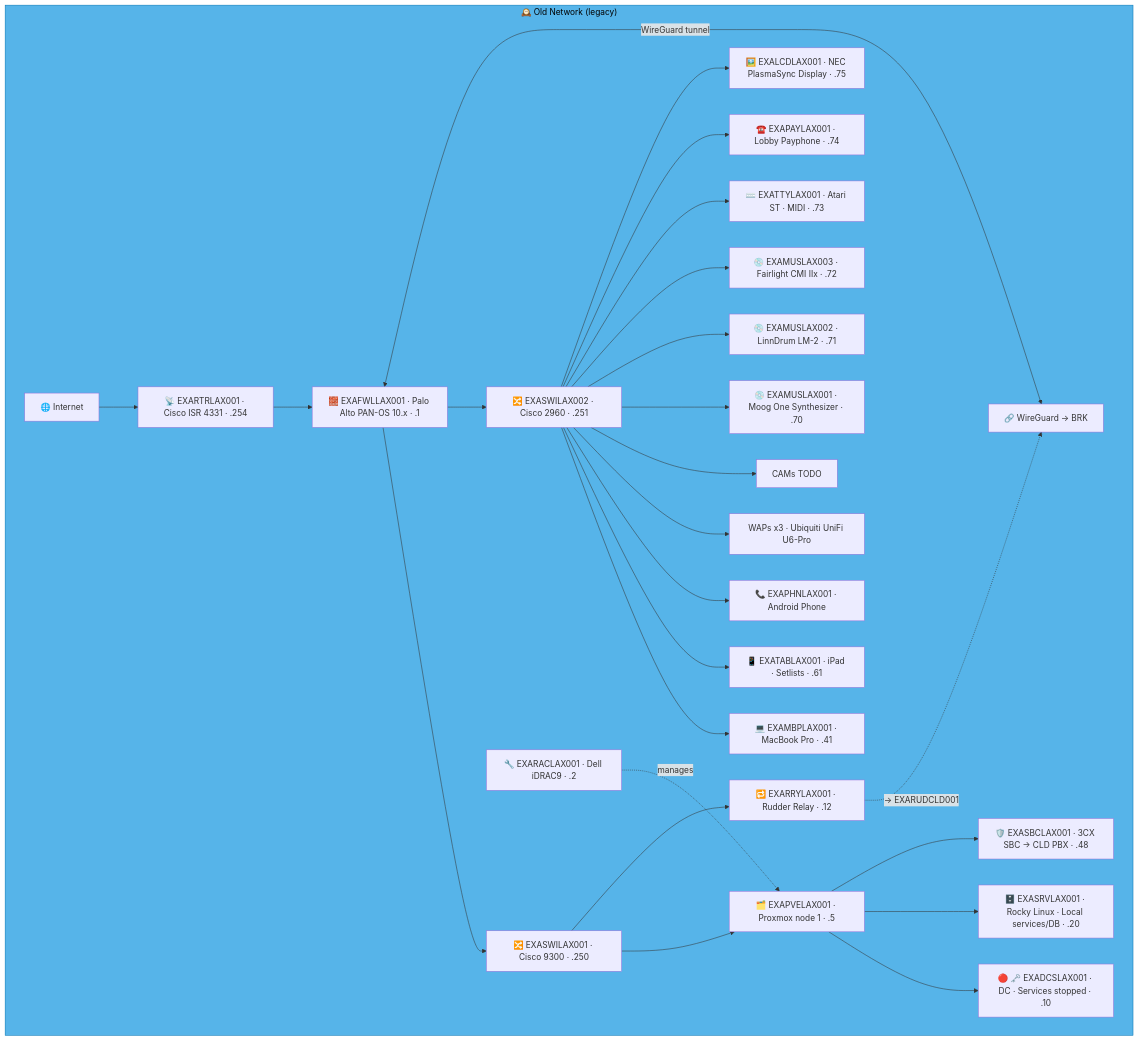
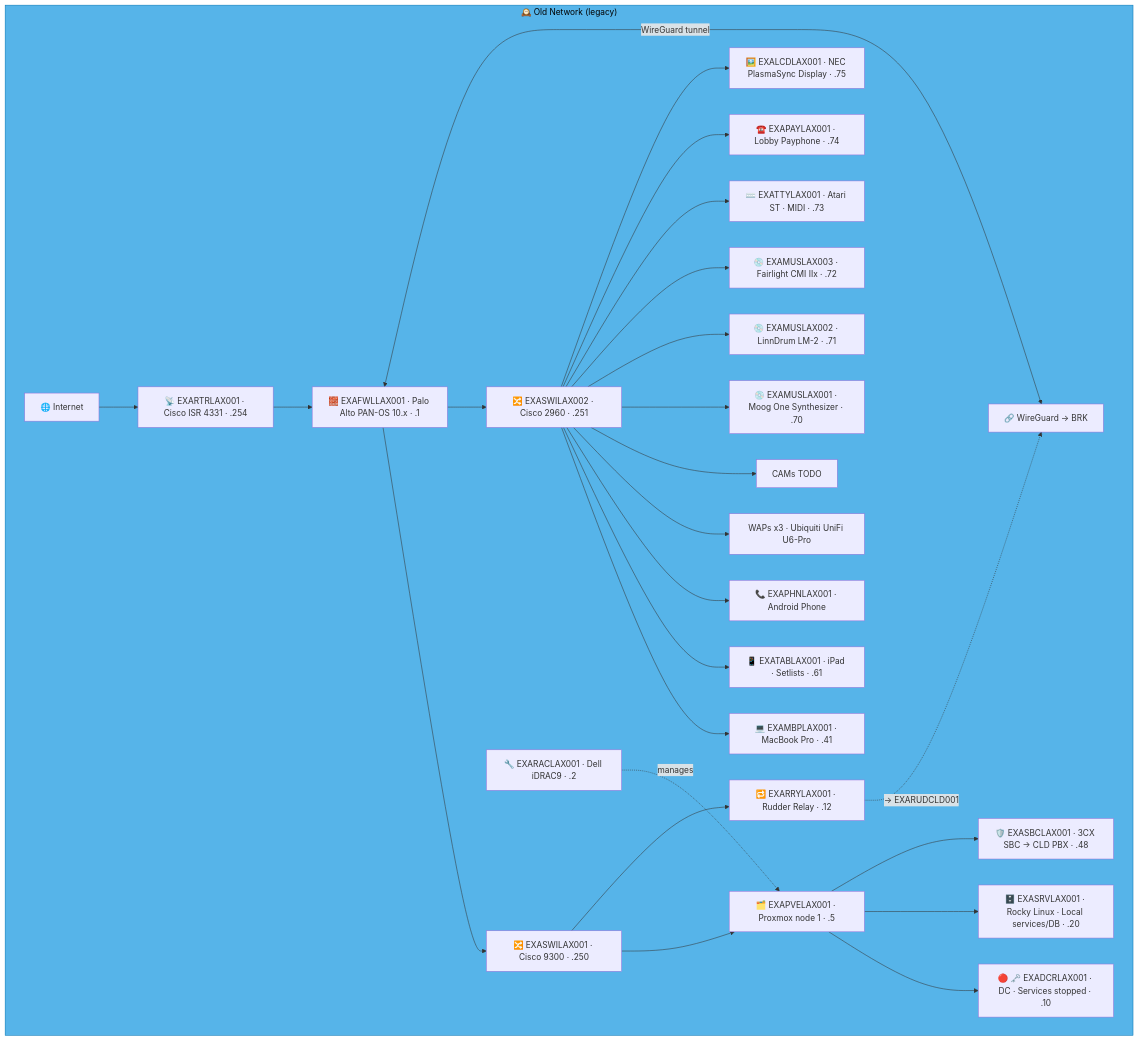
The second of 19 diagrams in docs/network-diagram/united-states.md (knightmare2600/example_music_infra), drawn with Mermaid before and after one commit. The commit also changed other lines of this file and 8 other files, not shown here.

````diff
--- a/docs/network-diagram/united-states.md
+++ b/docs/network-diagram/united-states.md
@@ -99,39 +84,39 @@
 ```mermaid
 graph TD
     subgraph OLD_LAX ["🕰️ Old Network (legacy)"]
       INET["🌐 Internet"]
       FWL["🧱 EXAFWLLAX001 · Palo Alto PAN-OS 10.x · .1"]
       SW1["🔀 EXASWILAX001 · Cisco 9300 · .250"]
       SW2["🔀 EXASWILAX002 · Cisco 2960 · .251"]
       RTR["📡 EXARTRLAX001 · Cisco ISR 4331 · .254"]
       RAC["🔧 EXARACLAX001 · Dell iDRAC9 · .2"]
       PVE["🗂️ EXAPVELAX001 · Proxmox node 1 · .5"]
-      DC["🔴 🗝️ EXADCSLAX001 · DC · Services stopped · .10"]
+      DC["🔴 🗝️ EXADCRLAX001 · DC · Services stopped · .10"]
       SRV["🗄️ EXASRVLAX001 · Rocky Linux · Local services/DB · .20"]
       SBC["🛡️ EXASBCLAX001 · 3CX SBC → CLD PBX · .48"]
       RRY["🔁 EXARRYLAX001 · Rudder Relay · .12"]
       MBP["💻 EXAMBPLAX001 · MacBook Pro · .41"]
       TAB["📱 EXATABLAX001 · iPad · Setlists · .61"]
       PHN["📞 EXAPHNLAX001 · Android Phone"]
       WAP["WAPs x3 · Ubiquiti UniFi U6-Pro"]
       CAM["CAMs TODO"]
       MOO["💿 EXAMUSLAX001 · Moog One Synthesizer · .70"]
       LIN["💿 EXAMUSLAX002 · LinnDrum LM-2 · .71"]
       FCL["💿 EXAMUSLAX003 · Fairlight CMI IIx · .72"]
       AST["⌨️ EXATTYLAX001 · Atari ST · MIDI · .73"]
       PAY["☎️ EXAPAYLAX001 · Lobby Payphone · .74"]
       LCD["🖼️ EXALCDLAX001 · NEC PlasmaSync Display · .75"]
       VPN["🔗 WireGuard → BRK"]
 
       INET --> RTR --> FWL --> SW1 & SW2
       SW1 --> PVE --> DC & SRV & SBC
       RAC -.->|"manages"| PVE
       SW2 --> MBP & TAB & PHN & WAP & CAM
       SW2 --> MOO & LIN & FCL & AST & PAY & LCD
       FWL <-->|"WireGuard tunnel"| VPN
 
       SW1 --> RRY
       RRY -. "→ EXARUDCLD001" .-> VPN
     end
     style OLD_LAX fill:#56B4E9,stroke:#0072B2,color:#000000
 ```
````
